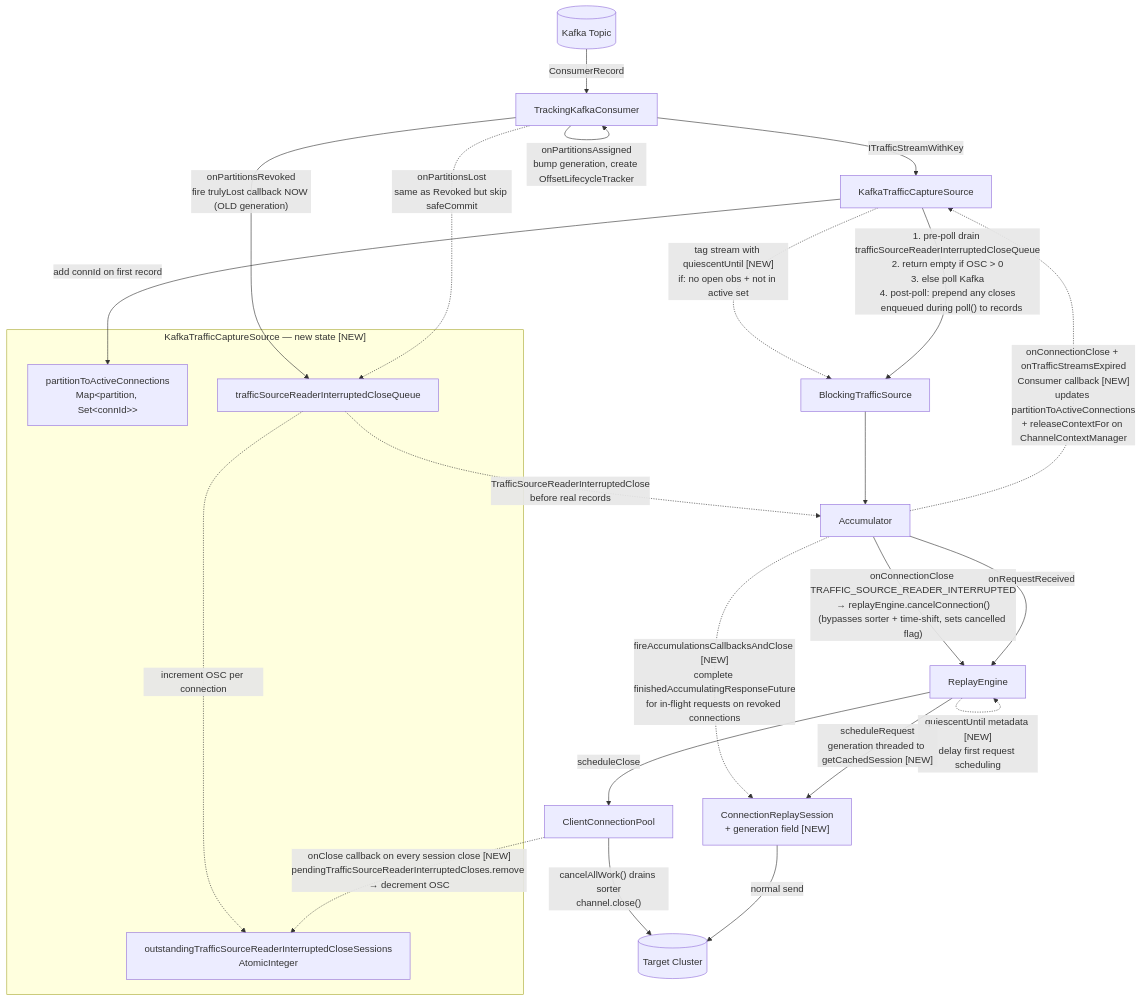
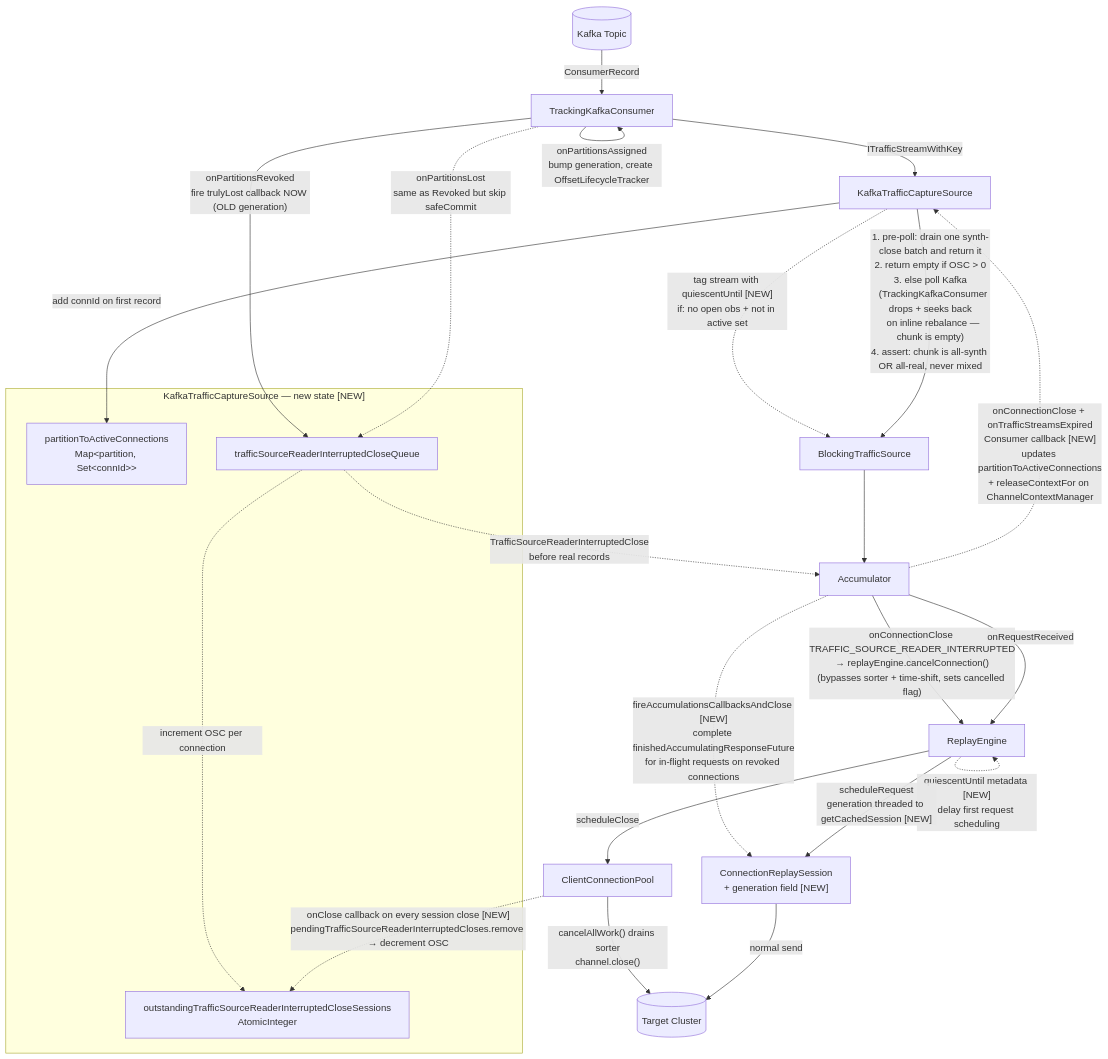
Before and after one commit to opensearch-project/opensearch-migrations: the third of 4 diagrams in docs/replayerArchitecture.md, drawn with Mermaid. The commit also changed other lines of this file and 5 other files, not shown here.

First line of the commit message:
refactor(replayer): drop+seek-back on inline rebalance; never mix synth+real in one chunk

````diff
--- a/docs/replayerArchitecture.md
+++ b/docs/replayerArchitecture.md
@@ -167,45 +167,45 @@
 ```mermaid
 flowchart TD
     Kafka[(Kafka Topic)]
     KCS[KafkaTrafficCaptureSource]
     TKC[TrackingKafkaConsumer]
     BTS[BlockingTrafficSource]
     ACC[Accumulator]
     RE[ReplayEngine]
     CCP[ClientConnectionPool]
     CRS["ConnectionReplaySession\n+ generation field [NEW]"]
     Target[(Target Cluster)]
 
     subgraph planned_source["KafkaTrafficCaptureSource — new state [NEW]"]
         PAC["partitionToActiveConnections\nMap&lt;partition, Set&lt;connId&gt;&gt;"]
         SQ["trafficSourceReaderInterruptedCloseQueue"]
         OSC["outstandingTrafficSourceReaderInterruptedCloseSessions\nAtomicInteger"]
     end
 
     Kafka -->|ConsumerRecord| TKC
     TKC -->|ITrafficStreamWithKey| KCS
     KCS -->|add connId on first record| PAC
     KCS -.->|"tag stream with quiescentUntil [NEW]\nif: no open obs + not in active set"| BTS
-    KCS -->|"1. pre-poll drain trafficSourceReaderInterruptedCloseQueue\n2. return empty if OSC > 0\n3. else poll Kafka\n4. post-poll: prepend any closes\n   enqueued during poll() to records"| BTS
+    KCS -->|"1. pre-poll: drain one synth-close batch and return it\n2. return empty if OSC > 0\n3. else poll Kafka\n   (TrackingKafkaConsumer drops + seeks back\n   on inline rebalance — chunk is empty)\n4. assert: chunk is all-synth OR all-real, never mixed"| BTS
     BTS --> ACC
 
     TKC -->|"onPartitionsRevoked\nfire trulyLost callback NOW (OLD generation)"| SQ
     TKC -->|"onPartitionsAssigned\nbump generation, create OffsetLifecycleTracker"| TKC
     TKC -.->|"onPartitionsLost\nsame as Revoked but skip safeCommit"| SQ
     SQ -.->|increment OSC per connection| OSC
 
     SQ -.->|TrafficSourceReaderInterruptedClose\nbefore real records| ACC
 
     ACC -.->|"fireAccumulationsCallbacksAndClose [NEW]\ncomplete finishedAccumulatingResponseFuture\nfor in-flight requests on revoked connections"| CRS
     ACC -.->|"onConnectionClose + onTrafficStreamsExpired\nConsumer callback [NEW]\nupdates partitionToActiveConnections\n+ releaseContextFor on ChannelContextManager"| KCS
 
     ACC -->|"onConnectionClose TRAFFIC_SOURCE_READER_INTERRUPTED\n→ replayEngine.cancelConnection()\n(bypasses sorter + time-shift, sets cancelled flag)"| RE
     RE -->|scheduleClose| CCP
     CCP -->|"cancelAllWork() drains sorter\nchannel.close()"| Target
     CCP -.->|"onClose callback on every session close [NEW]\npendingTrafficSourceReaderInterruptedCloses.remove → decrement OSC"| OSC
 
     ACC -->|onRequestReceived| RE
     RE -.->|"quiescentUntil metadata [NEW]\ndelay first request scheduling"| RE
     RE -->|"scheduleRequest\ngeneration threaded to getCachedSession [NEW]"| CRS
     CRS -->|normal send| Target
 ```
````
